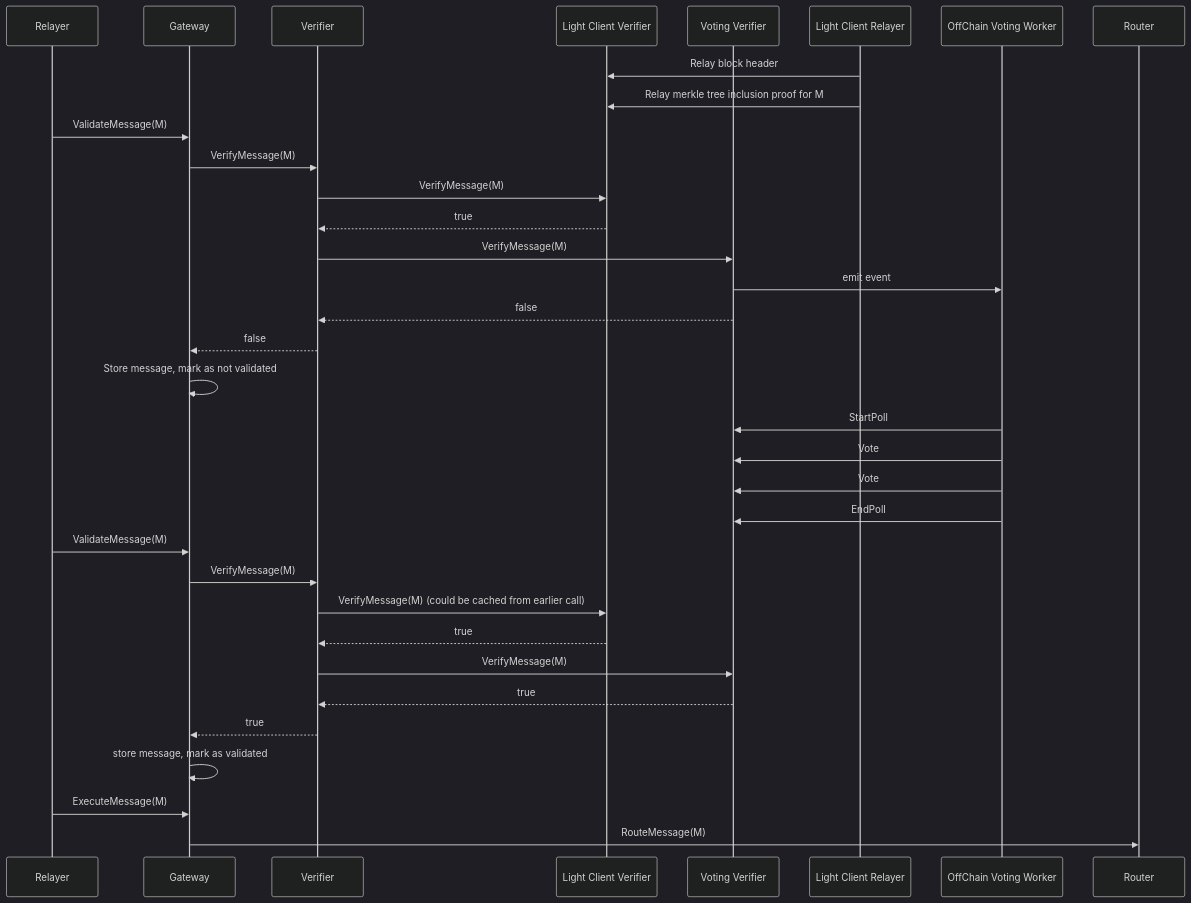
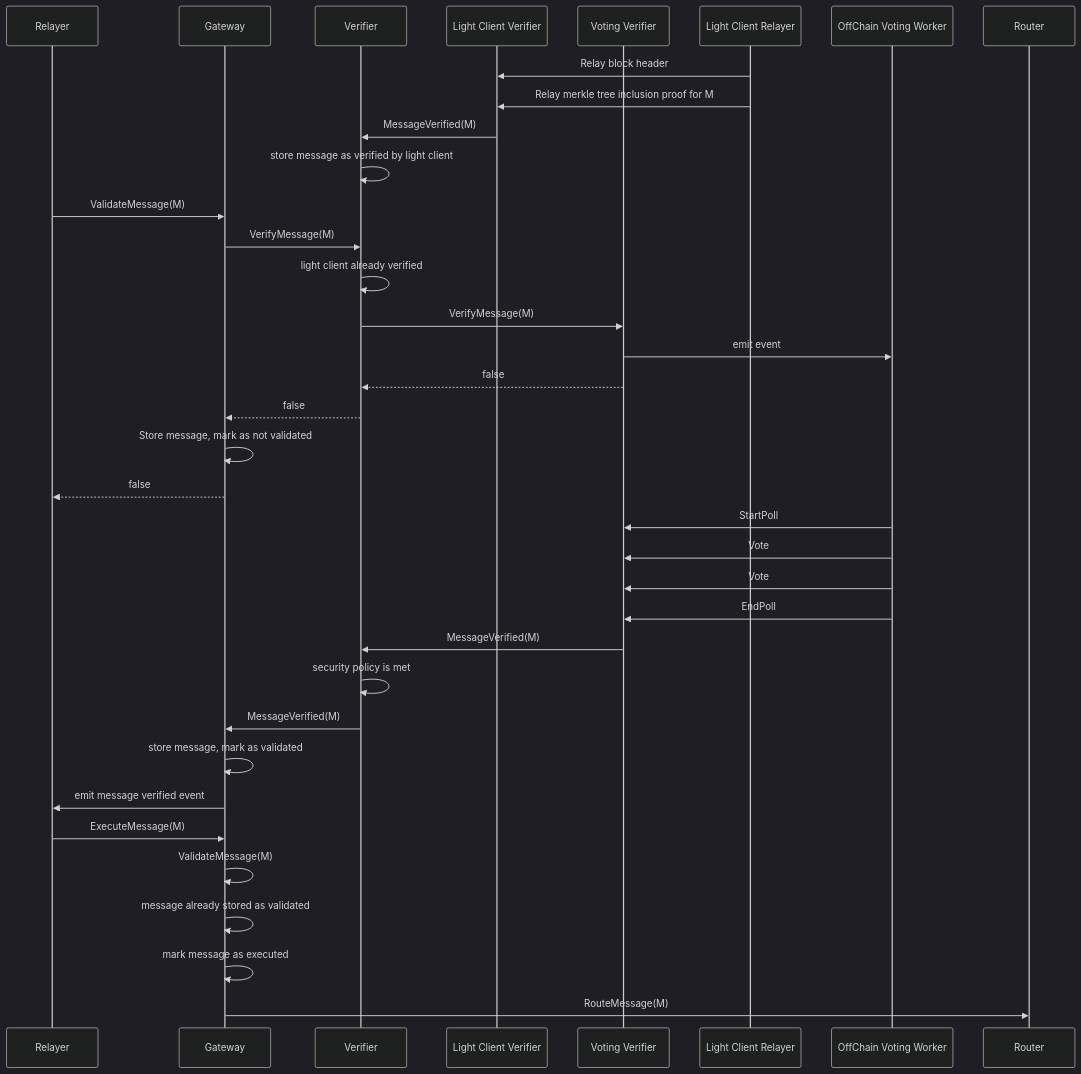
Before and after one commit to axelarnetwork/axelar-amplifier: diagram 12 of 18 in README.md, drawn with Mermaid (dark theme). The commit also changed other lines of this file, not shown here.

````diff
--- a/README.md
+++ b/README.md
@@ -403,42 +383,43 @@
 ```mermaid
 sequenceDiagram
     participant Relayer
     participant Gateway
     participant Verifier
     participant Light Client Verifier
     participant Voting Verifier
     participant Light Client Relayer
     participant OffChain Voting Worker
     participant Router
 
 
     Light Client Relayer->>Light Client Verifier: Relay block header
     Light Client Relayer->>Light Client Verifier: Relay merkle tree inclusion proof for M
+    Light Client Verifier->>Verifier: MessageVerified(M)
+    Verifier->>Verifier: store message as verified by light client
     Relayer->>Gateway: ValidateMessage(M)
     Gateway->>Verifier: VerifyMessage(M)
-    Verifier->>Light Client Verifier: VerifyMessage(M)
-    Light Client Verifier-->>Verifier: true
+    Verifier->>Verifier: light client already verified
     Verifier->>Voting Verifier: VerifyMessage(M)
     Voting Verifier->>OffChain Voting Worker: emit event
     Voting Verifier-->>Verifier: false
     Verifier-->>Gateway: false
     Gateway->>Gateway: Store message, mark as not validated
+    Gateway-->>Relayer: false
 
     OffChain Voting Worker->>Voting Verifier: StartPoll
     OffChain Voting Worker->>Voting Verifier: Vote
     OffChain Voting Worker->>Voting Verifier: Vote
     OffChain Voting Worker->>Voting Verifier: EndPoll
 
-
-    Relayer->>Gateway: ValidateMessage(M)
-    Gateway->>Verifier: VerifyMessage(M)
-    Verifier->>Light Client Verifier: VerifyMessage(M) (could be cached from earlier call)
-    Light Client Verifier-->>Verifier: true
-    Verifier->>Voting Verifier: VerifyMessage(M)
-    Voting Verifier-->>Verifier: true
-    Verifier-->>Gateway: true
+    Voting Verifier->>Verifier: MessageVerified(M)
+    Verifier->>Verifier: security policy is met
+    Verifier->>Gateway: MessageVerified(M)
     Gateway->>Gateway: store message, mark as validated
+    Gateway->>Relayer: emit message verified event
 
     Relayer->>Gateway: ExecuteMessage(M)
+    Gateway->>Gateway: ValidateMessage(M)
+    Gateway->>Gateway: message already stored as validated
+    Gateway->>Gateway: mark message as executed
     Gateway->>Router: RouteMessage(M)
 ```
````
